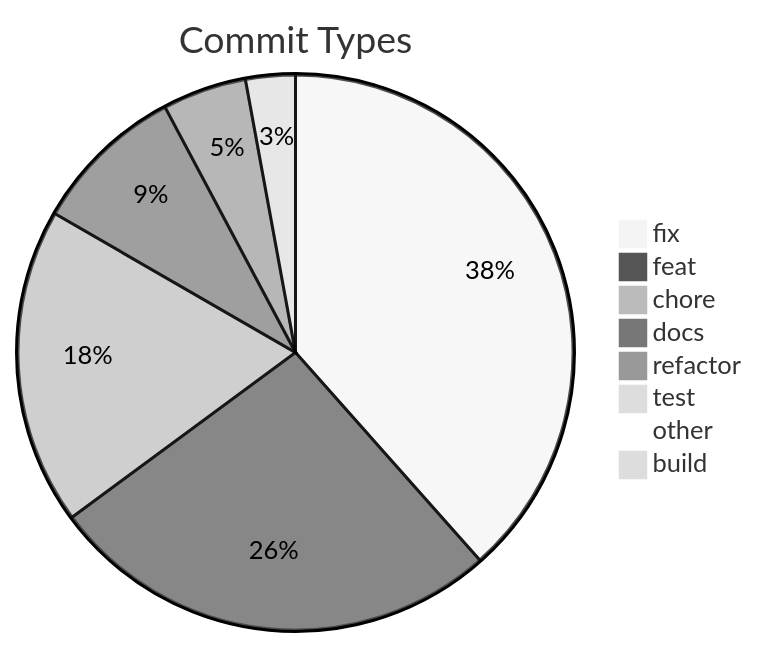
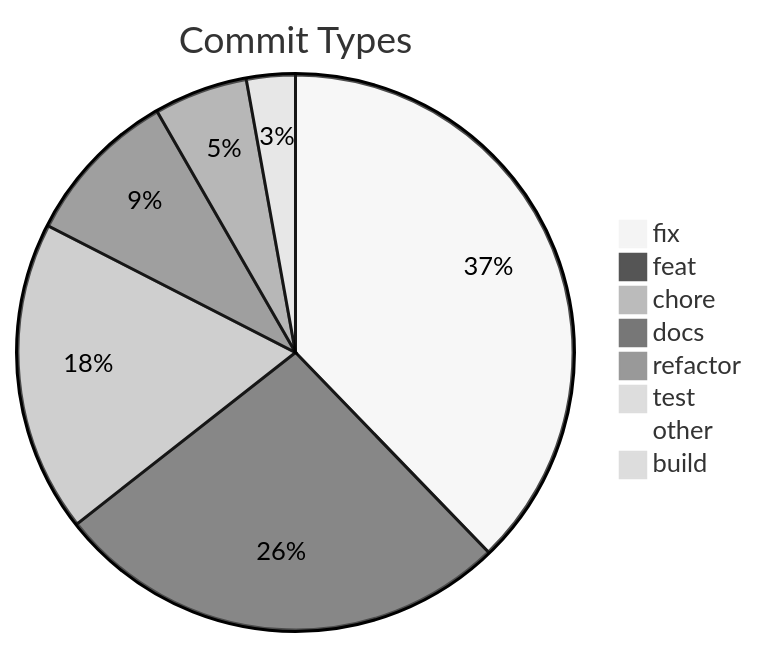
One commit to svenroth-ai/shipwright-webui changed the diagram in .shipwright/compliance/change-history.md. Above: the diagram before and after it, drawn with Mermaid (neutral theme). The commit also changed other lines of this file and 22 other files, not shown here.

````diff
--- a/.shipwright/compliance/change-history.md
+++ b/.shipwright/compliance/change-history.md
@@ -8,11 +8,11 @@
 ```mermaid
 pie title Commit Types
     "fix" : 173
-    "feat" : 119
+    "feat" : 122
     "chore" : 83
-    "docs" : 40
-    "refactor" : 22
+    "docs" : 42
+    "refactor" : 25
     "test" : 13
     "other" : 4
     "build" : 1
 ```
````
